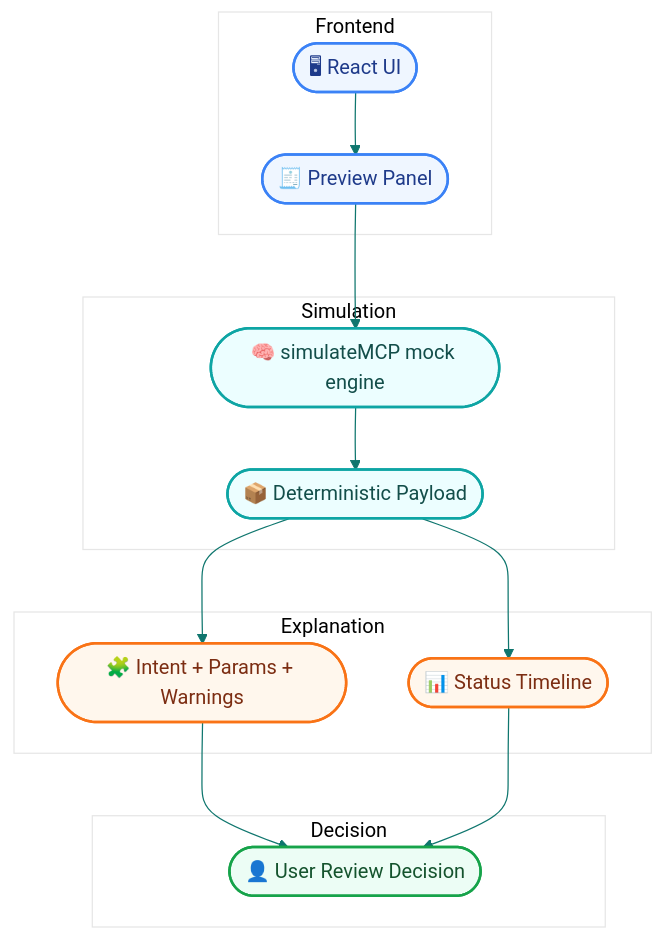
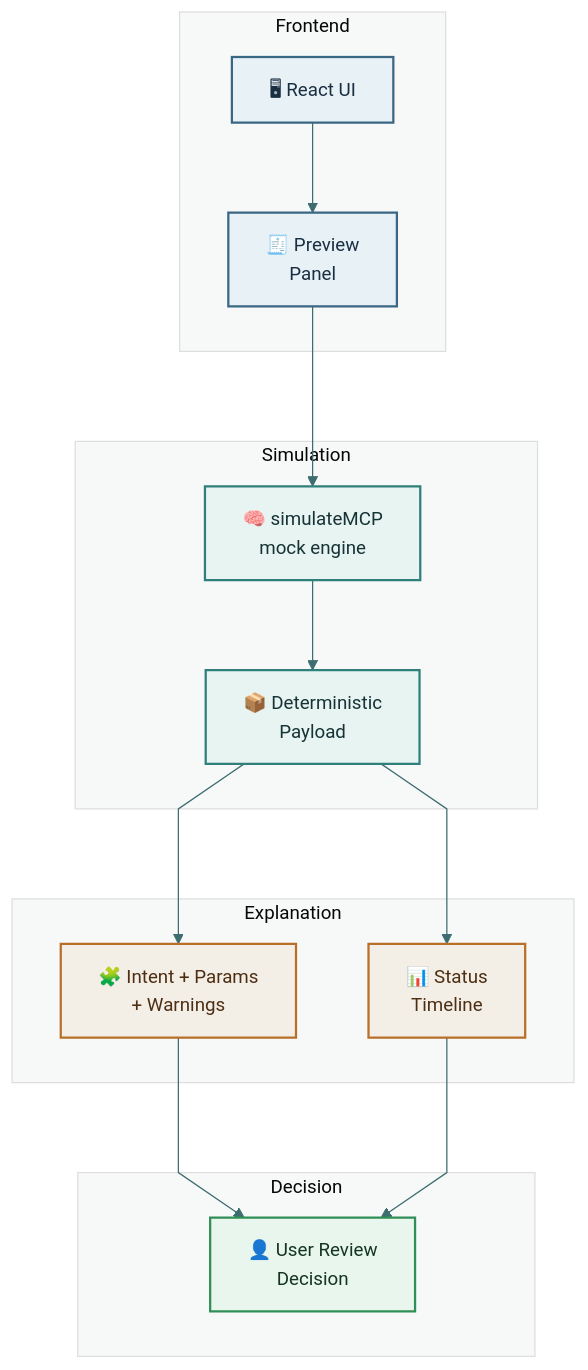
The fourth of 8 diagrams in README.md (sunshineluyao/Moss-Mcp-Transaction), drawn with Mermaid before and after one commit. The commit also changed other lines of this file, not shown here.

Commit message:
docs: improve mermaid readability and dark-light harmony

````diff
--- a/README.md
+++ b/README.md
@@ -325,34 +325,34 @@
 ```mermaid
-%%{init: {'theme':'base','themeVariables': {'fontFamily':'Trebuchet MS, Segoe UI, sans-serif','primaryColor':'#f0fdfa','primaryBorderColor':'#14b8a6','primaryTextColor':'#0f172a','lineColor':'#0f766e','secondaryColor':'#f8fafc','tertiaryColor':'#ffffff'}}}%%
+%%{init: {'theme':'base','flowchart': {'htmlLabels': true, 'nodeSpacing': 58, 'rankSpacing': 72, 'curve': 'linear'},'themeVariables': {'fontFamily':'Trebuchet MS, Segoe UI, sans-serif','fontSize':'15px','primaryColor':'#e8f4f2','primaryBorderColor':'#2f7f7a','primaryTextColor':'#142022','lineColor':'#3d6d70','secondaryColor':'#edf2f4','tertiaryColor':'#f7f8f8'}}}%%
 flowchart TB
   subgraph L1[Frontend]
-    UI([🖥 React UI]) --> Preview([🧾 Preview Panel])
+    UI["🖥 React UI"] --> Preview["🧾 Preview<br/>Panel"]
   end
 
   subgraph L2[Simulation]
-    Engine([🧠 simulateMCP mock engine]) --> Data([📦 Deterministic Payload])
+    Engine["🧠 simulateMCP<br/>mock engine"] --> Data["📦 Deterministic<br/>Payload"]
   end
 
   subgraph L3[Explanation]
-    Cards([🧩 Intent + Params + Warnings])
-    Timeline([📊 Status Timeline])
+    Cards["🧩 Intent + Params<br/>+ Warnings"]
+    Timeline["📊 Status<br/>Timeline"]
   end
 
   subgraph L4[Decision]
-    User([👤 User Review Decision])
+    User["👤 User Review<br/>Decision"]
   end
 
   Preview --> Engine
   Data --> Cards --> User
   Data --> Timeline --> User
 
-  classDef frontend fill:#eff6ff,stroke:#3b82f6,stroke-width:2px,color:#1e3a8a;
-  classDef sim fill:#ecfeff,stroke:#0ea5a4,stroke-width:2px,color:#134e4a;
-  classDef explain fill:#fff7ed,stroke:#f97316,stroke-width:2px,color:#7c2d12;
-  classDef decision fill:#ecfdf5,stroke:#16a34a,stroke-width:2px,color:#14532d;
+  classDef frontend fill:#e8f1f6,stroke:#3a6784,stroke-width:1.8px,color:#1a2f42;
+  classDef sim fill:#e8f4f2,stroke:#2f7f7a,stroke-width:1.8px,color:#163336;
+  classDef explain fill:#f4efe6,stroke:#b86f28,stroke-width:1.8px,color:#4d2e13;
+  classDef decision fill:#e9f6ed,stroke:#2f8f57,stroke-width:1.8px,color:#153523;
 
   class UI,Preview frontend;
   class Engine,Data sim;
   class Cards,Timeline explain;
   class User decision;
 ```
````
